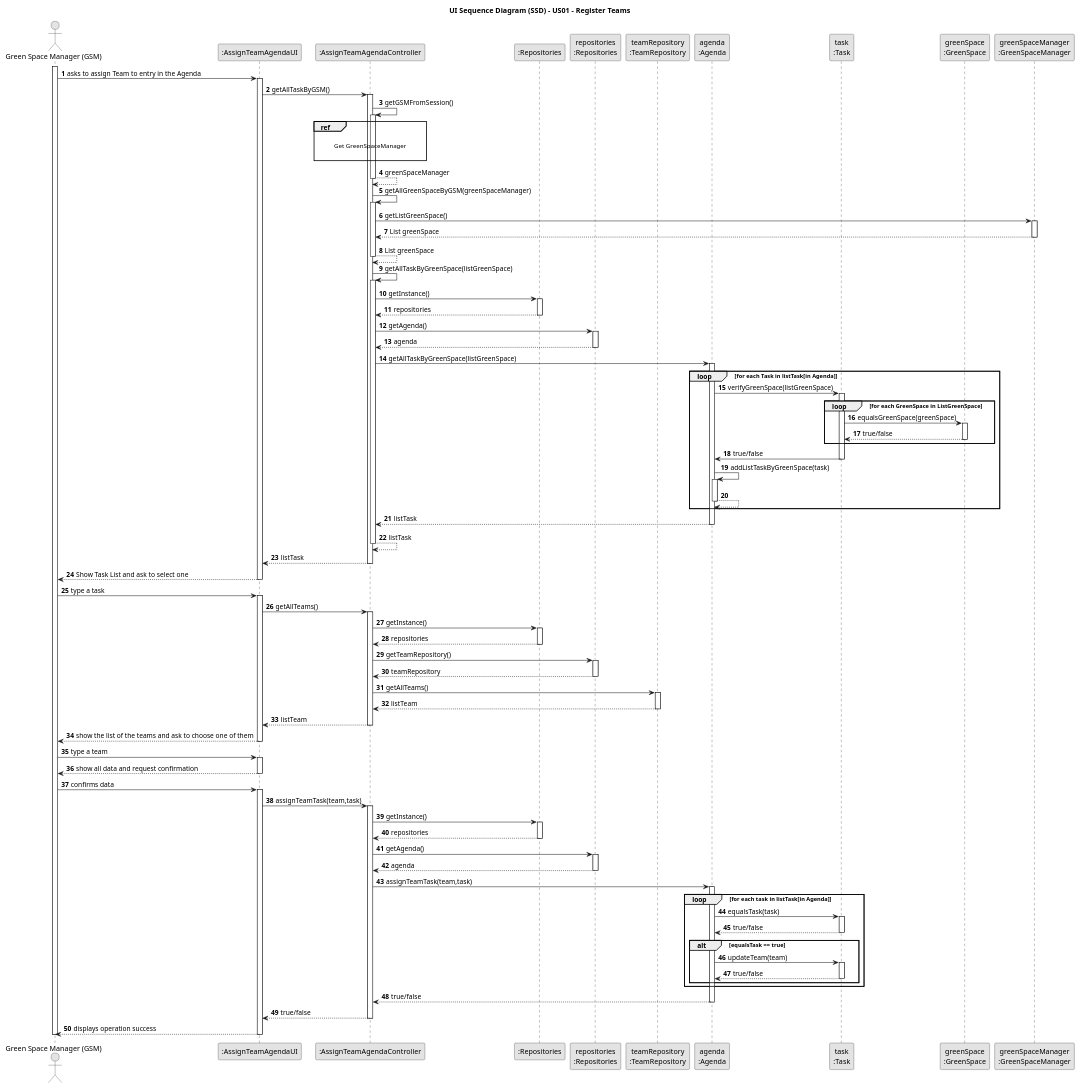
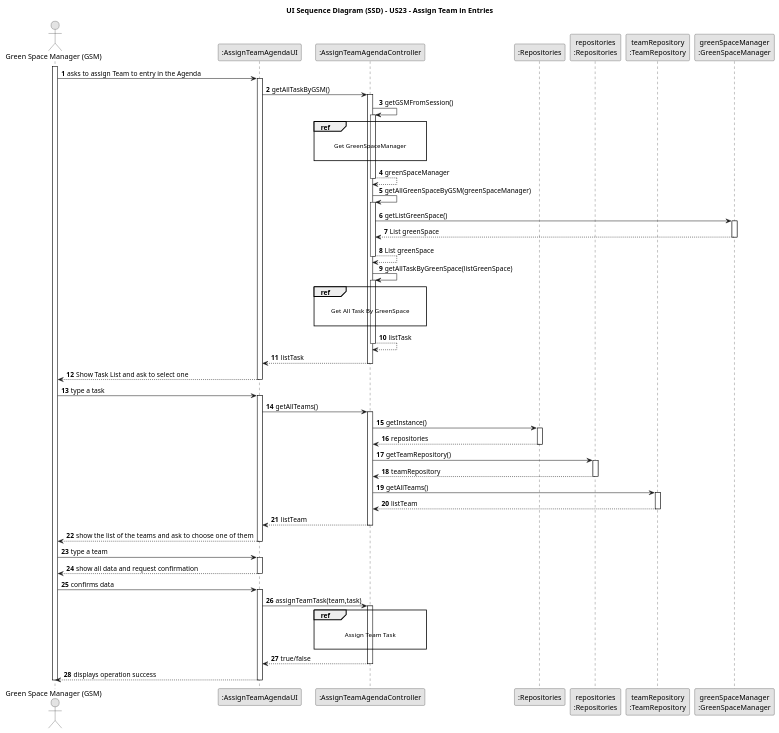
The diagram in docs/sprint3/us23/03.design/puml/us23-sequence-diagram.puml (Departamento-de-Engenharia-Informatica/lei-24-s2-1db-g022), drawn with PlantUML before and after one commit. The commit also changed 9 other files, not shown here.

```diff
--- a/docs/sprint3/us23/03.design/puml/us23-sequence-diagram.puml
+++ b/docs/sprint3/us23/03.design/puml/us23-sequence-diagram.puml
@@ -3,22 +3,19 @@
 skinparam packageStyle rectangle
 skinparam shadowing false
 
-title UI Sequence Diagram (SSD) - US01 - Register Teams
+title UI Sequence Diagram (SSD) - US23 - Assign Team in Entries
 
 autonumber
 
 'hide footbox
 actor "Green Space Manager (GSM)" as GSM
+
 participant ":AssignTeamAgendaUI" as UI
 participant ":AssignTeamAgendaController" as CTRL
 participant ":Repositories" as RepositorySingleton
 participant "repositories\n:Repositories" as PLAT
 participant "teamRepository\n:TeamRepository" as TR
-participant "agenda\n:Agenda" as AGENDA
-participant "task\n:Task" as TASK
-participant "greenSpace\n:GreenSpace" as GREENSPACE
 participant "greenSpaceManager\n:GreenSpaceManager" as GSMO
-
 
 activate GSM	
 
@@ -64,61 +61,11 @@
 
 activate CTRL
 
-CTRL -> RepositorySingleton : getInstance()
+ref over CTRL
 
-activate RepositorySingleton
-
-RepositorySingleton --> CTRL : repositories
-
-deactivate RepositorySingleton
-
-CTRL -> PLAT : getAgenda()
-
-activate PLAT
-
-PLAT --> CTRL: agenda
-
-deactivate PLAT
-
-CTRL -> AGENDA : getAllTaskByGreenSpace(listGreenSpace)
-
-activate AGENDA
-
-loop for each Task in listTask[in Agenda]
-
-AGENDA -> TASK : verifyGreenSpace(listGreenSpace)
-
-activate TASK
-
-loop for each GreenSpace in ListGreenSpace
-
-TASK -> GREENSPACE : equalsGreenSpace(greenSpace)
-
-activate GREENSPACE
-
-GREENSPACE --> TASK : true/false
-
-deactivate GREENSPACE
+Get All Task By GreenSpace
 
 end
-
-TASK -> AGENDA : true/false
-
-deactivate TASK
-
-AGENDA -> AGENDA : addListTaskByGreenSpace(task)
-
-activate AGENDA
-
-AGENDA --> AGENDA
-
-deactivate AGENDA
-
-end
-
-AGENDA --> CTRL : listTask
-
-deactivate AGENDA
 
 CTRL --> CTRL : listTask
 
@@ -187,53 +134,11 @@
 
 activate CTRL
 
-CTRL -> RepositorySingleton : getInstance()
+ref over CTRL
 
-activate RepositorySingleton
-
-RepositorySingleton --> CTRL : repositories
-
-deactivate RepositorySingleton
-
-CTRL -> PLAT : getAgenda()
-
-activate PLAT
-
-PLAT --> CTRL: agenda
-
-deactivate PLAT
-
-CTRL -> AGENDA : assignTeamTask(team,task)
-
-activate AGENDA
-
-loop for each task in listTask[in Agenda]
-
-AGENDA -> TASK : equalsTask(task)
-
-activate TASK
-
-TASK --> AGENDA : true/false
-
-deactivate TASK
-
-alt equalsTask == true
-
-AGENDA -> TASK : updateTeam(team)
-
-activate TASK
-
-TASK --> AGENDA : true/false
-
-deactivate TASK
+Assign Team Task
 
 end
-
-end
-
-AGENDA --> CTRL : true/false
-
-deactivate AGENDA
 
 CTRL --> UI : true/false
 
```
